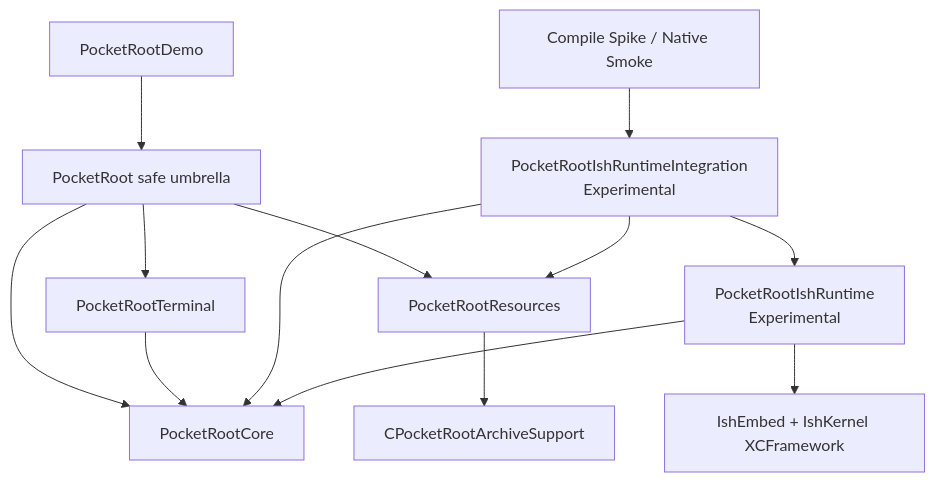
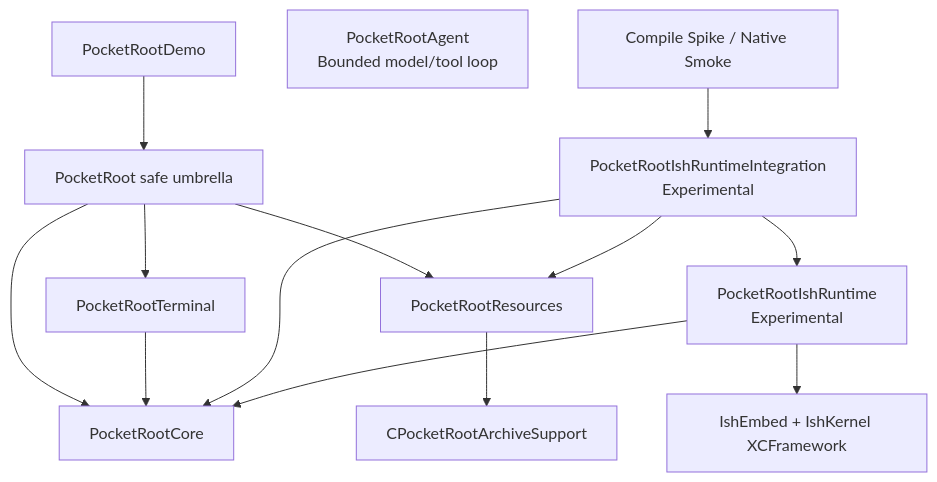
One commit to jacklv-coder/PocketRoot changed the first of 3 diagrams in Docs/en/Architecture.md. Above: the diagram before and after it, drawn with Mermaid. The commit also changed other lines of this file and 28 other files, not shown here.

First line of the commit message:
feat: add bounded native agent loop core (#3)

````diff
--- a/Docs/en/Architecture.md
+++ b/Docs/en/Architecture.md
@@ -26,15 +26,16 @@
 ```mermaid
 flowchart TB
     Demo["PocketRootDemo"] --> Umbrella["PocketRoot safe umbrella"]
     Umbrella --> Core["PocketRootCore"]
     Umbrella --> Terminal["PocketRootTerminal"]
     Umbrella --> Resources["PocketRootResources"]
     Terminal --> Core
     Resources --> Archive["CPocketRootArchiveSupport"]
+    Agent["PocketRootAgent<br/>Bounded model/tool loop"]
     Integration["PocketRootIshRuntimeIntegration<br/>Experimental"] --> Core
     Integration --> Resources
     Integration --> Runtime["PocketRootIshRuntime<br/>Experimental"]
     Runtime --> Core
     Runtime --> IshEmbed["IshEmbed + IshKernel XCFramework"]
     Smoke["Compile Spike / Native Smoke"] --> Integration
 ```
````
